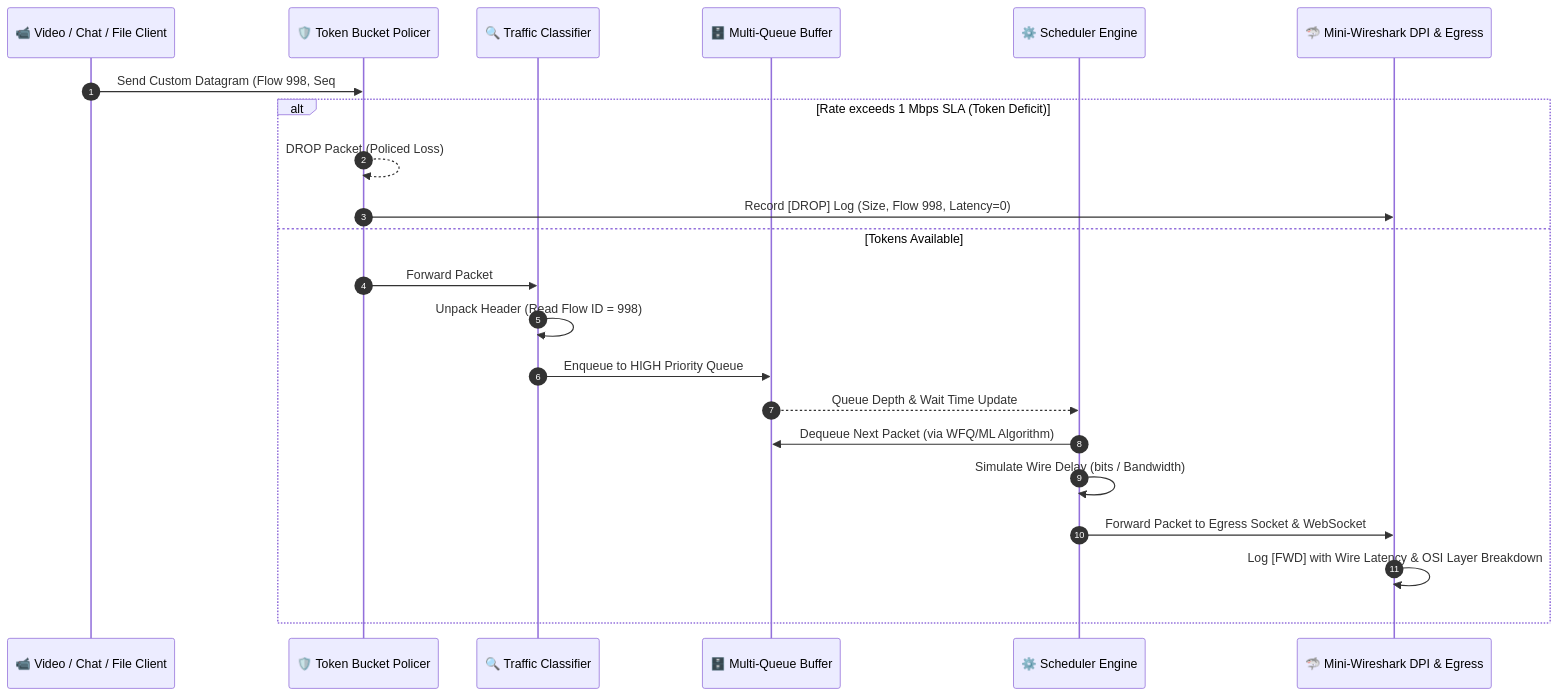
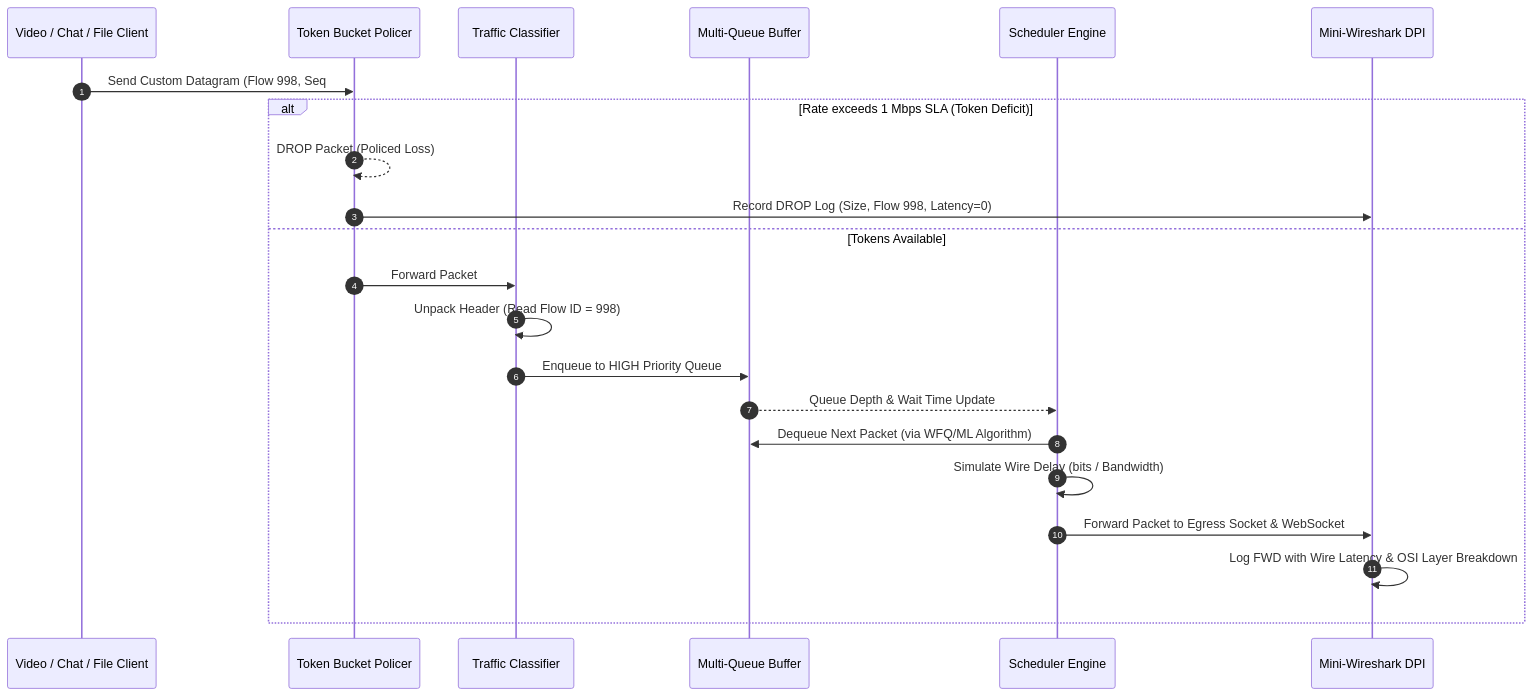
Before and after one commit to rakshita1802/NetQoS: the second of 3 diagrams in report/NetQoS_Computer_Networks_Documentation.md, drawn with Mermaid. The commit also changed other lines of this file, not shown here.

Commit message:
fix(docs): resolve Mermaid syntax errors for universal markdown rendering

````diff
--- a/report/NetQoS_Computer_Networks_Documentation.md
+++ b/report/NetQoS_Computer_Networks_Documentation.md
@@ -190,25 +187,25 @@
 ```mermaid
 sequenceDiagram
     autonumber
-    participant Client as 📹 Video / Chat / File Client
-    participant Policer as 🛡️ Token Bucket Policer
-    participant Classifier as 🔍 Traffic Classifier
-    participant Queues as 🗄️ Multi-Queue Buffer
-    participant Scheduler as ⚙️ Scheduler Engine
-    participant DPI as 🦈 Mini-Wireshark DPI & Egress
+    participant Client as Video / Chat / File Client
+    participant Policer as Token Bucket Policer
+    participant Classifier as Traffic Classifier
+    participant Queues as Multi-Queue Buffer
+    participant Scheduler as Scheduler Engine
+    participant DPI as Mini-Wireshark DPI
 
     Client->>Policer: Send Custom Datagram (Flow 998, Seq #101)
     alt Rate exceeds 1 Mbps SLA (Token Deficit)
         Policer-->>Policer: DROP Packet (Policed Loss)
-        Policer->>DPI: Record [DROP] Log (Size, Flow 998, Latency=0)
+        Policer->>DPI: Record DROP Log (Size, Flow 998, Latency=0)
     else Tokens Available
         Policer->>Classifier: Forward Packet
         Classifier->>Classifier: Unpack Header (Read Flow ID = 998)
         Classifier->>Queues: Enqueue to HIGH Priority Queue
         Queues-->>Scheduler: Queue Depth & Wait Time Update
         Scheduler->>Queues: Dequeue Next Packet (via WFQ/ML Algorithm)
         Scheduler->>Scheduler: Simulate Wire Delay (bits / Bandwidth)
         Scheduler->>DPI: Forward Packet to Egress Socket & WebSocket
-        DPI->>DPI: Log [FWD] with Wire Latency & OSI Layer Breakdown
+        DPI->>DPI: Log FWD with Wire Latency & OSI Layer Breakdown
     end
 ```
````
